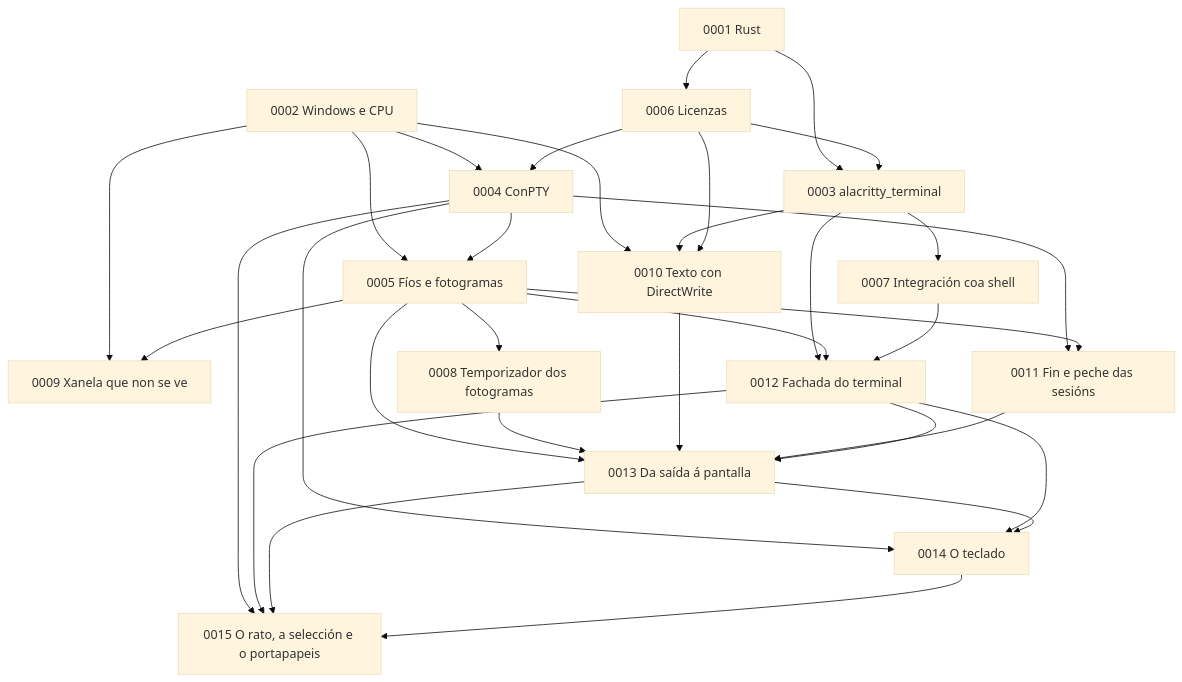
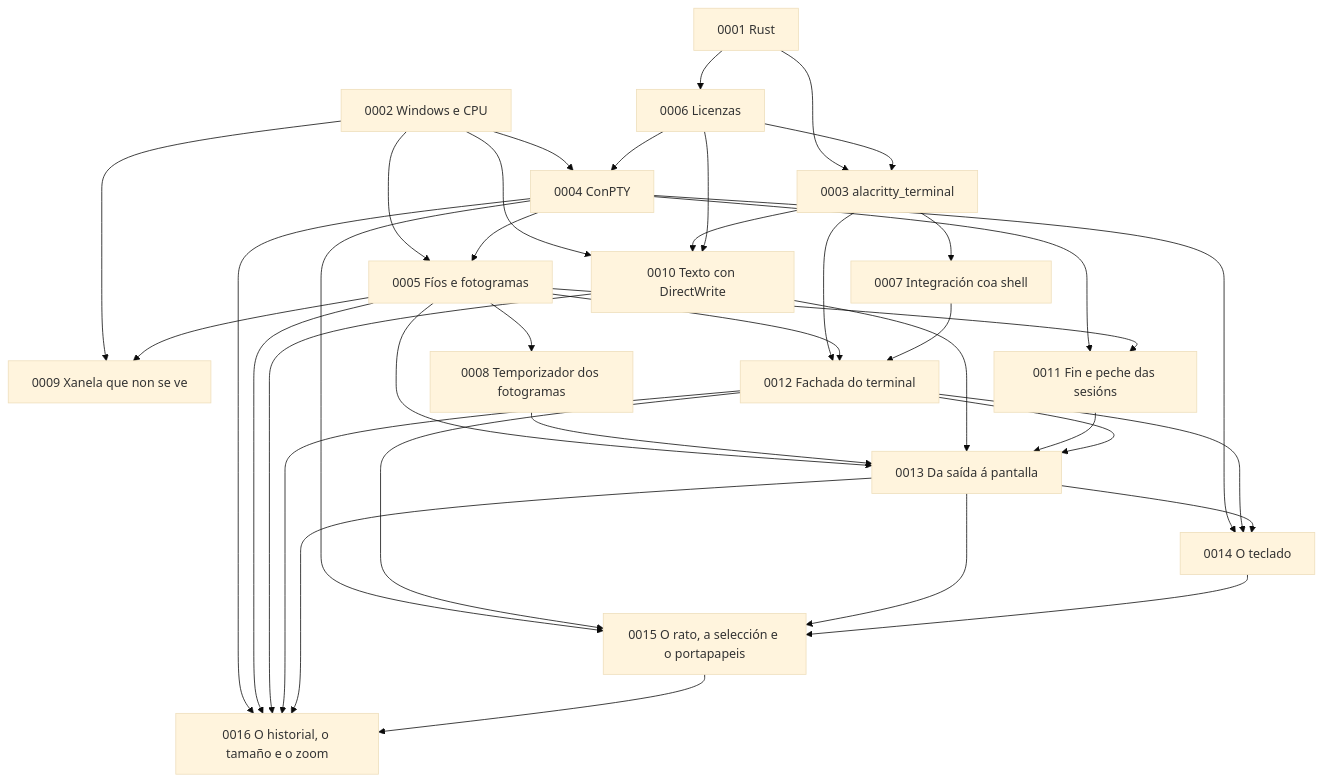
Before and after one commit to NewHouses/meiga: the diagram in docs/adr/README.md, drawn with Mermaid (base theme). The commit also changed other lines of this file and 37 other files, not shown here.

````diff
--- a/docs/adr/README.md
+++ b/docs/adr/README.md
@@ -36,34 +37,40 @@
 ```mermaid
 graph TD
     A1["0001 Rust"] --> A3["0003 alacritty_terminal"]
     A1 --> A6["0006 Licenzas"]
     A2["0002 Windows e CPU"] --> A4["0004 ConPTY"]
     A2 --> A5["0005 Fíos e fotogramas"]
     A2 --> A9["0009 Xanela que non se ve"]
     A2 --> A10["0010 Texto con DirectWrite"]
     A3 --> A7["0007 Integración coa shell"]
     A3 --> A10
     A3 --> A12["0012 Fachada do terminal"]
     A4 --> A5
     A4 --> A11["0011 Fin e peche das sesións"]
     A5 --> A8["0008 Temporizador dos fotogramas"]
     A5 --> A9
     A5 --> A11
     A5 --> A12
     A6 --> A3
     A6 --> A4
     A6 --> A10
     A7 --> A12
     A5 --> A13["0013 Da saída á pantalla"]
     A8 --> A13
     A10 --> A13
     A11 --> A13
     A12 --> A13
     A4 --> A14["0014 O teclado"]
     A12 --> A14
     A13 --> A14
     A4 --> A15["0015 O rato, a selección e o portapapeis"]
     A12 --> A15
     A13 --> A15
     A14 --> A15
+    A4 --> A16["0016 O historial, o tamaño e o zoom"]
+    A5 --> A16
+    A10 --> A16
+    A12 --> A16
+    A13 --> A16
+    A15 --> A16
 ```
````
